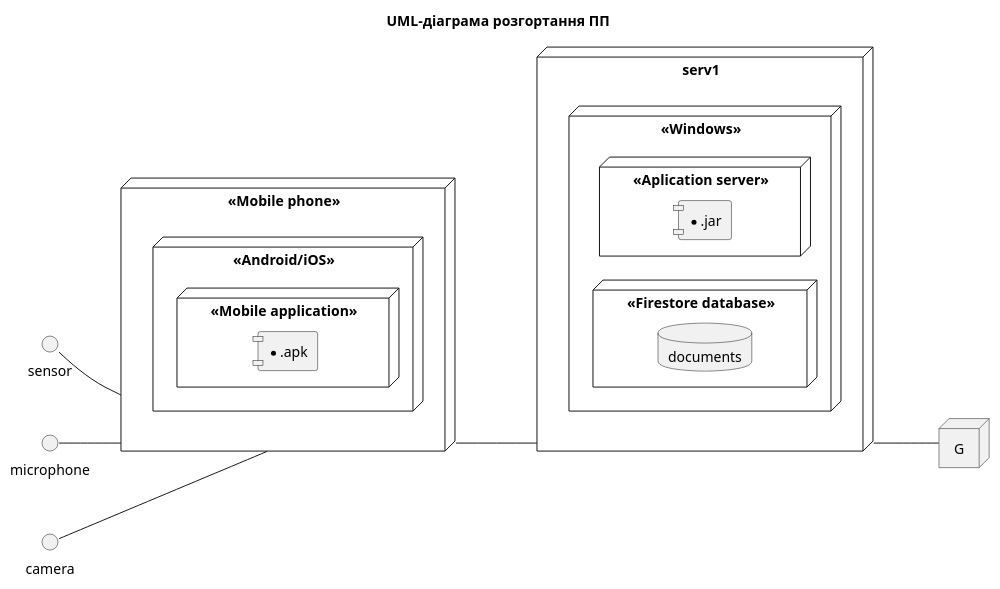
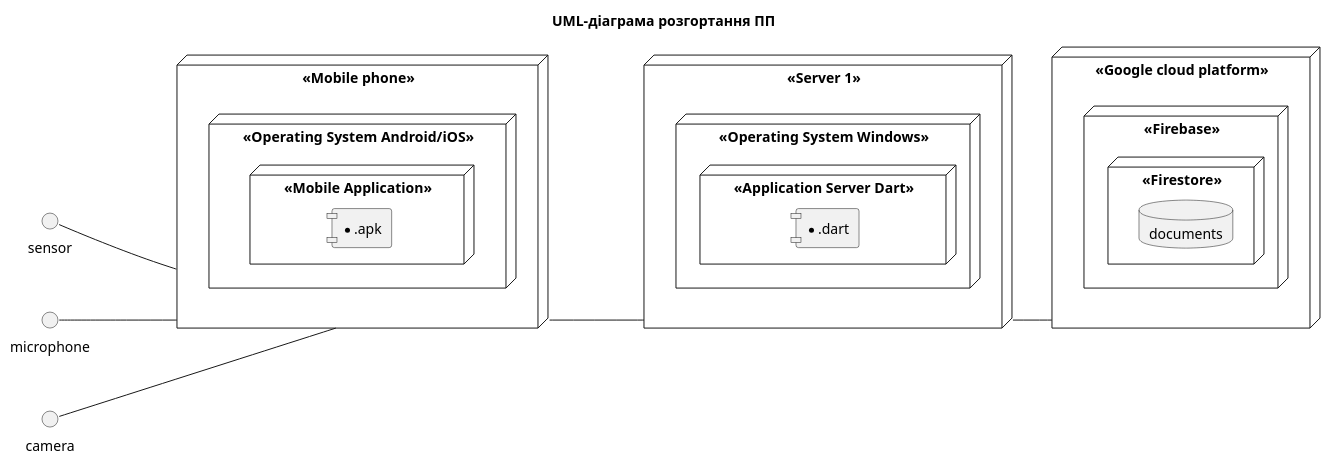
Before and after one commit to OS-IS/ai202-baranyuk: the diagram in Laboratory-work-2/UML-Deployment.puml, drawn with PlantUML.

```diff
--- a/Laboratory-work-2/UML-Deployment.puml
+++ b/Laboratory-work-2/UML-Deployment.puml
@@ -1,46 +1,49 @@
 @startuml
 
 title UML-діаграма розгортання ПП
 
 left to right direction
 
 skinparam componentStyle uml1
 
 node "<<Mobile phone>>" as dk {
-    node "<<Android/iOS>>" {
-        node "<<Mobile application>>" {
+    node "<<Operating System Android/iOS>>" {
+        node "<<Mobile Application>>" {
             component [*.apk]
         }
     }
 }
 
-interface sensor as se
+interface sensor
 
-interface microphone as mc
+interface microphone
 
-interface camera as cm 
+interface camera
 
-se -- dk
-mc -- dk
-cm -- dk
+sensor -- dk
 
-dk -- serv1
-serv1 -- G
+microphone -- dk
+
+camera -- dk
 
 node "<<Server 1>>" as serv1 {
-	node "<<Windows>>" as l2 {
-	    node "<<Aplication server>>" {
-		    component [*.jar]
+	node "<<Operating System Windows>>" as l1 {
+	    node "<<Application Server Dart>>" {
+		    component [*.dart]
 		}
 	}
 }
 
-node "<<Google cloud platform>>" as G{
+dk -- serv1
+
+node "<<Google cloud platform>>" as serv2 {
 	node "<<Firebase>>" as l2 {
-	    node "<<Firestore database>>" {
+	    node "<<Firestore>>" {
 		    database documents
 		}
 	}
 }
 
+serv1 -- serv2
+
 @enduml
```
